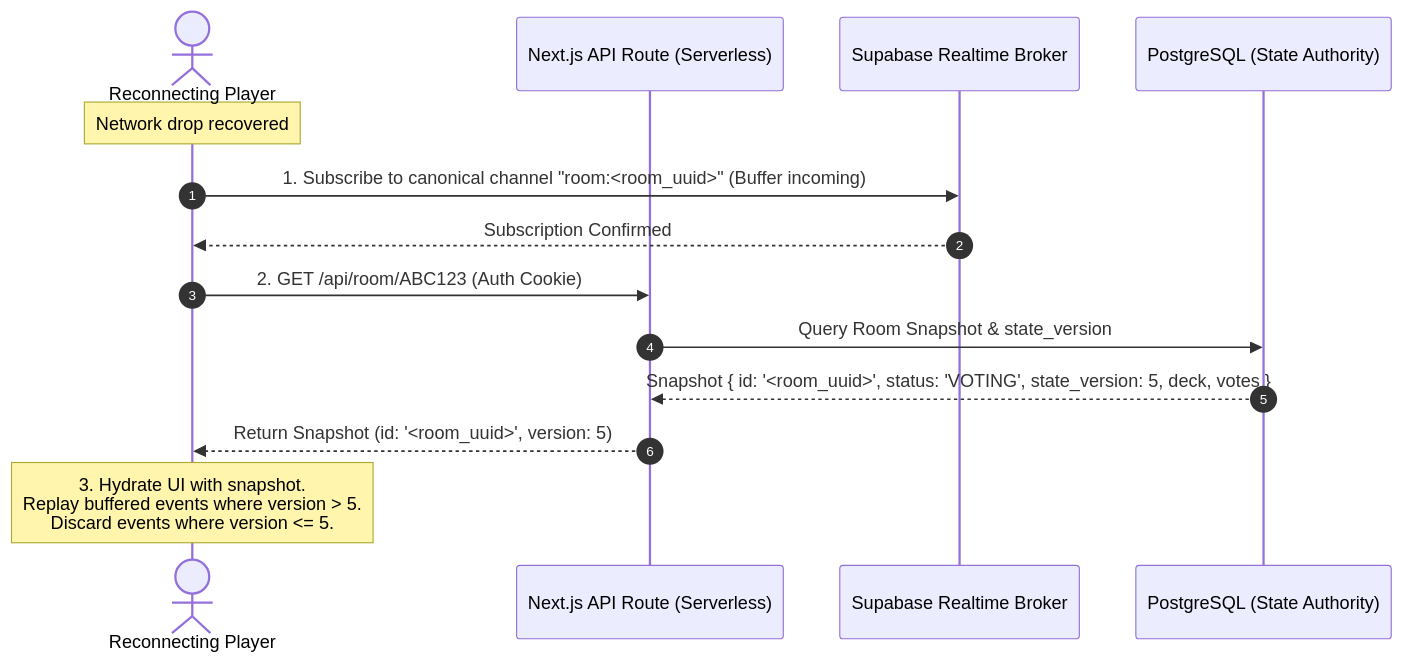
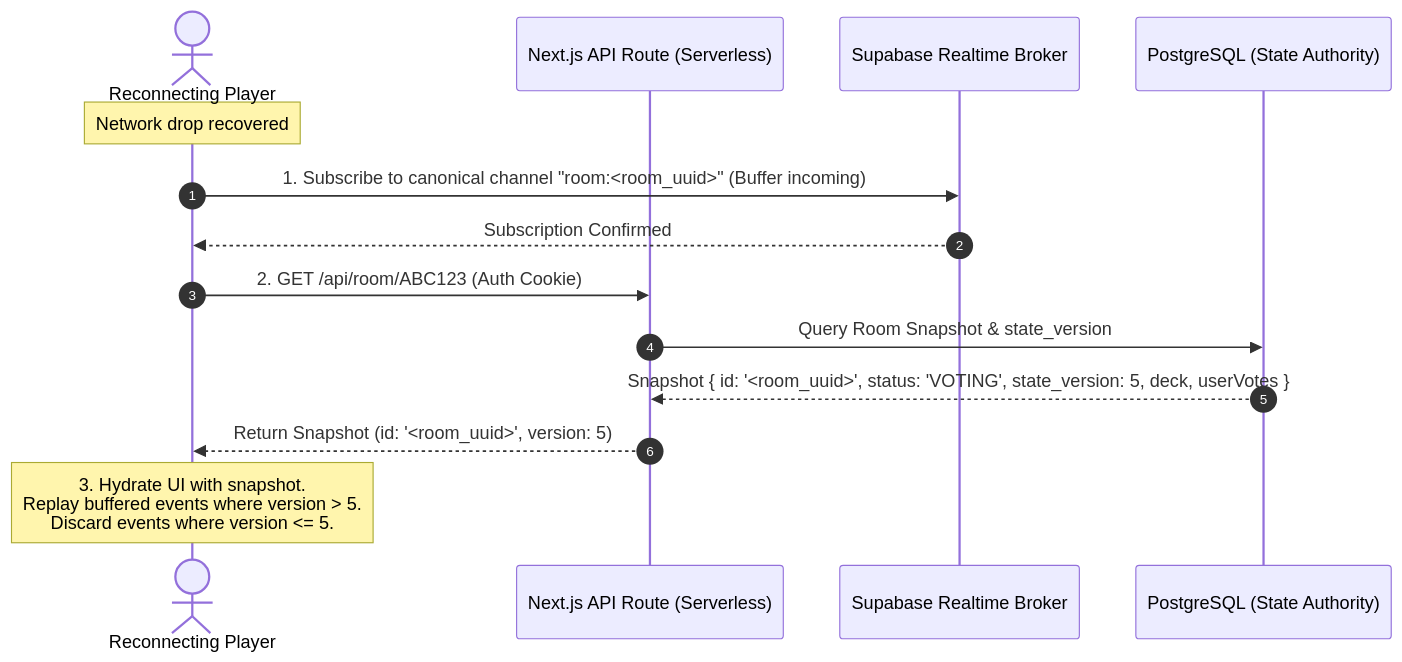
One commit to KaisAbiyyi/cinemania changed the diagram in docs/adr/ADR-003-realtime-and-persistence-architecture.md. Above: the diagram before and after it, drawn with Mermaid. The commit also changed other lines of this file and 1 other file, not shown here.

````diff
--- a/docs/adr/ADR-003-realtime-and-persistence-architecture.md
+++ b/docs/adr/ADR-003-realtime-and-persistence-architecture.md
@@ -163,17 +163,17 @@
 ```mermaid
 sequenceDiagram
     autonumber
     actor Player as Reconnecting Player
     participant Server as Next.js API Route (Serverless)
     participant RT as Supabase Realtime Broker
     participant DB as PostgreSQL (State Authority)
 
     Note over Player: Network drop recovered
     Player->>RT: 1. Subscribe to canonical channel "room:<room_uuid>" (Buffer incoming)
     RT-->>Player: Subscription Confirmed
     Player->>Server: 2. GET /api/room/ABC123 (Auth Cookie)
     Server->>DB: Query Room Snapshot & state_version
-    DB-->>Server: Snapshot { id: '<room_uuid>', status: 'VOTING', state_version: 5, deck, votes }
+    DB-->>Server: Snapshot { id: '<room_uuid>', status: 'VOTING', state_version: 5, deck, userVotes }
     Server-->>Player: Return Snapshot (id: '<room_uuid>', version: 5)
     Note over Player: 3. Hydrate UI with snapshot.<br/>Replay buffered events where version > 5.<br/>Discard events where version <= 5.
 ```
````
